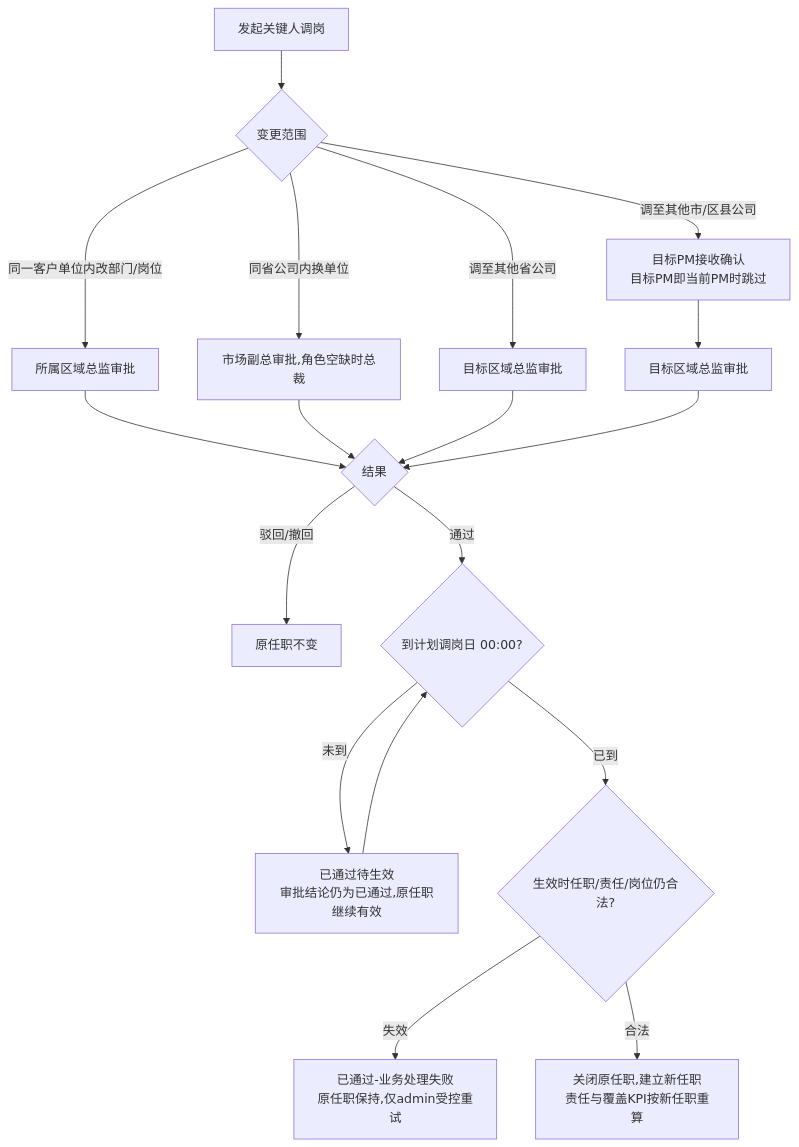
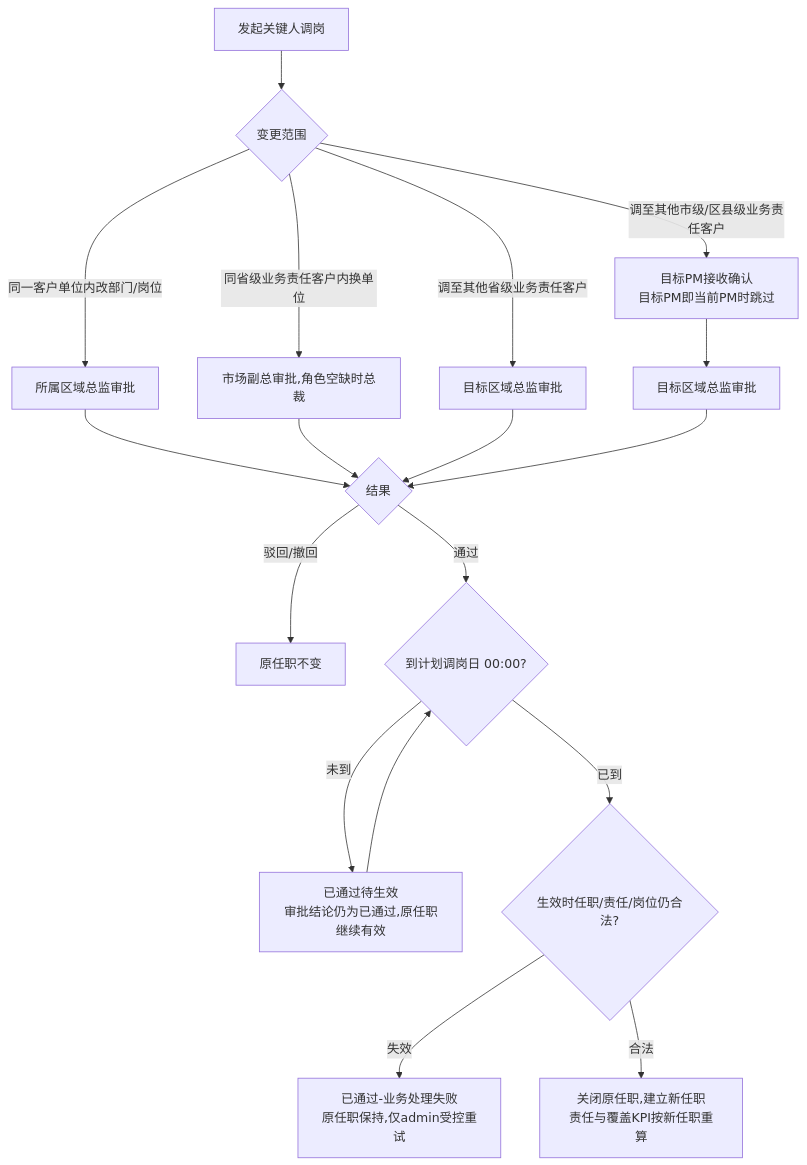
One commit to Joker-1030/Yingjia-Internal-Management-System changed the diagram in prd-workspace/current/user-flows/FLOW-11-M02-key-contact-transfer-approval.md. Above: the diagram before and after it, drawn with Mermaid. The commit also changed 117 other files, not shown here.

````diff
--- a/prd-workspace/current/user-flows/FLOW-11-M02-key-contact-transfer-approval.md
+++ b/prd-workspace/current/user-flows/FLOW-11-M02-key-contact-transfer-approval.md
@@ -8,20 +8,20 @@
 ```mermaid
 flowchart TD
     A[发起关键人调岗] --> B{变更范围}
     B -- 同一客户单位内改部门/岗位 --> C[所属区域总监审批]
-    B -- 同省公司内换单位 --> D[市场副总审批,角色空缺时总裁]
-    B -- 调至其他市/区县公司 --> E[目标PM接收确认<br/>目标PM即当前PM时跳过]
-    B -- 调至其他省公司 --> F[目标区域总监审批]
+    B -- 同省级业务责任客户内换单位 --> D[市场副总审批,角色空缺时总裁]
+    B -- 调至其他市级/区县级业务责任客户 --> E[目标PM接收确认<br/>目标PM即当前PM时跳过]
+    B -- 调至其他省级业务责任客户 --> F[目标区域总监审批]
     E --> G[目标区域总监审批]
     C --> H{结果}
     D --> H
     F --> H
     G --> H
     H -- 驳回/撤回 --> I[原任职不变]
     H -- 通过 --> J{到计划调岗日 00:00?}
     J -- 未到 --> K[已通过待生效<br/>审批结论仍为已通过,原任职继续有效]
     K --> J
     J -- 已到 --> L{生效时任职/责任/岗位仍合法?}
     L -- 失效 --> M[已通过-业务处理失败<br/>原任职保持,仅admin受控重试]
     L -- 合法 --> N[关闭原任职,建立新任职<br/>责任与覆盖KPI按新任职重算]
 ```
````
